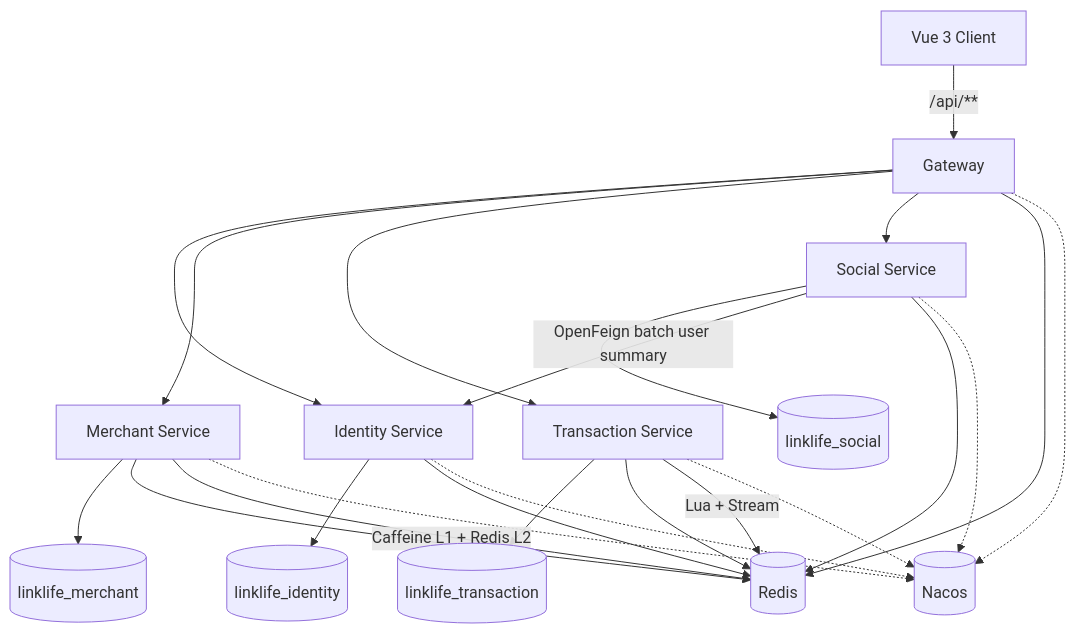
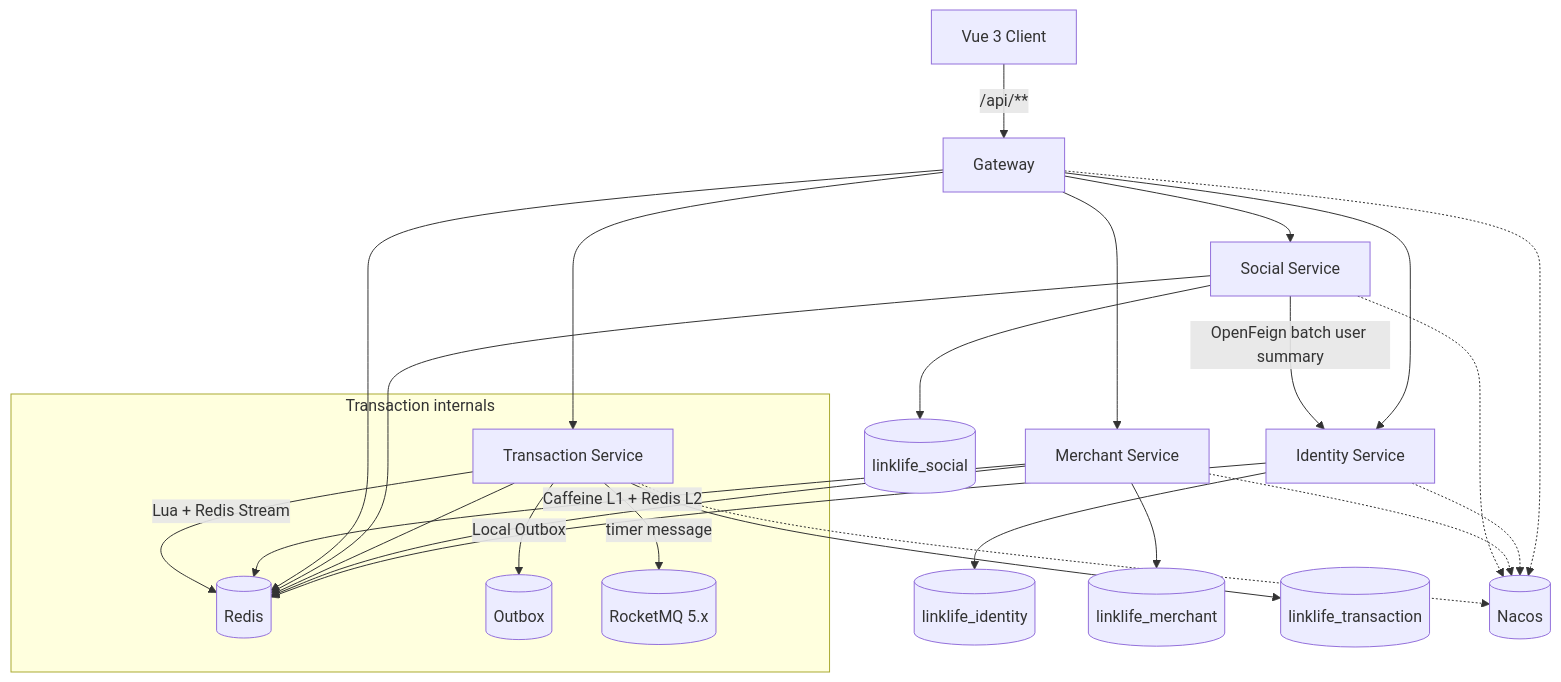
Before and after one commit to ccy777/LinkLife: the diagram in README.md, drawn with Mermaid. The commit also changed other lines of this file and 375 other files, not shown here.

````diff
--- a/README.md
+++ b/README.md
@@ -27,31 +32,36 @@
 ```mermaid
 flowchart TB
     Client[Vue 3 Client] -->|/api/**| GW[Gateway]
 
     GW --> Identity[Identity Service]
     GW --> Merchant[Merchant Service]
     GW --> Transaction[Transaction Service]
     GW --> Social[Social Service]
 
     Identity --> IDB[(linklife_identity)]
     Merchant --> MDB[(linklife_merchant)]
     Transaction --> TDB[(linklife_transaction)]
     Social --> SDB[(linklife_social)]
 
     Social -->|OpenFeign batch user summary| Identity
 
     Identity --> Redis[(Redis)]
     Merchant --> Redis
     Transaction --> Redis
     Social --> Redis
     GW --> Redis
 
     Merchant -->|Caffeine L1 + Redis L2| Redis
-    Transaction -->|Lua + Stream| Redis
+
+    subgraph Transaction internals
+        Transaction -->|Lua + Redis Stream| Redis
+        Transaction -->|Local Outbox| OB[(Outbox)]
+        Transaction -->|timer message| RMQ[(RocketMQ 5.x)]
+    end
 
     GW -.-> Nacos[(Nacos)]
     Identity -.-> Nacos
     Merchant -.-> Nacos
     Transaction -.-> Nacos
     Social -.-> Nacos
 ```
````
